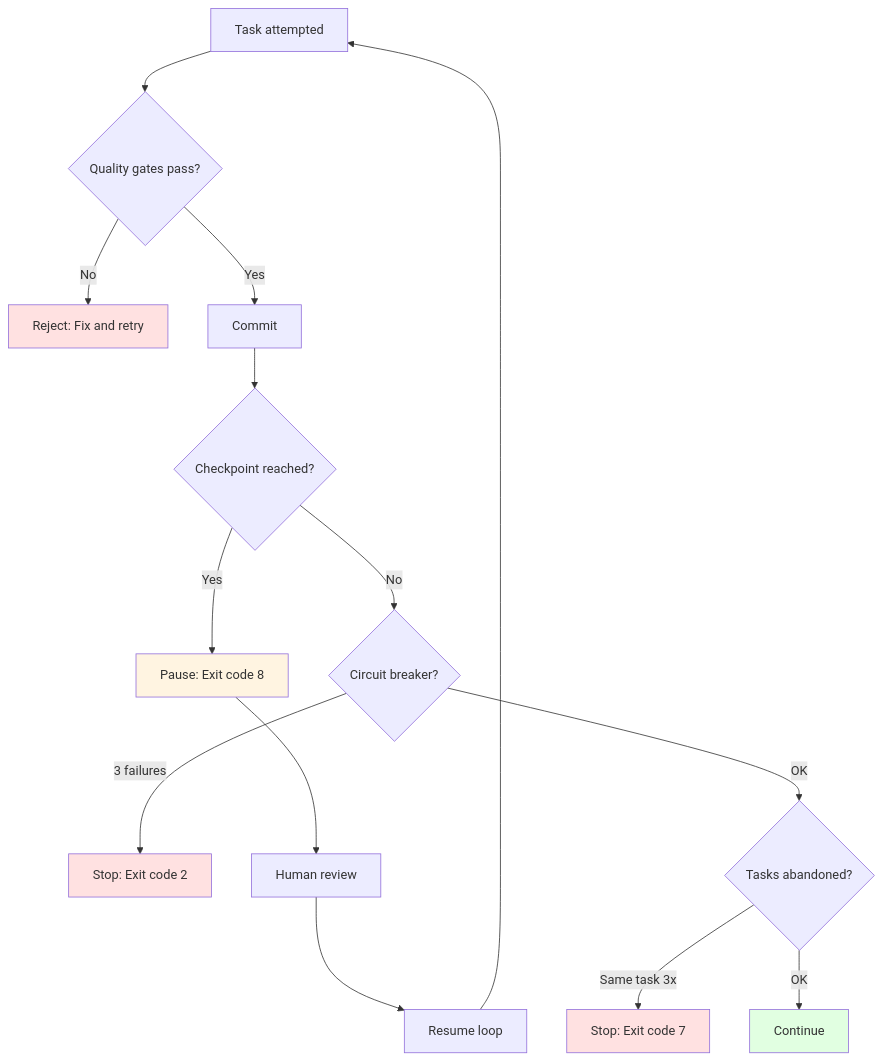
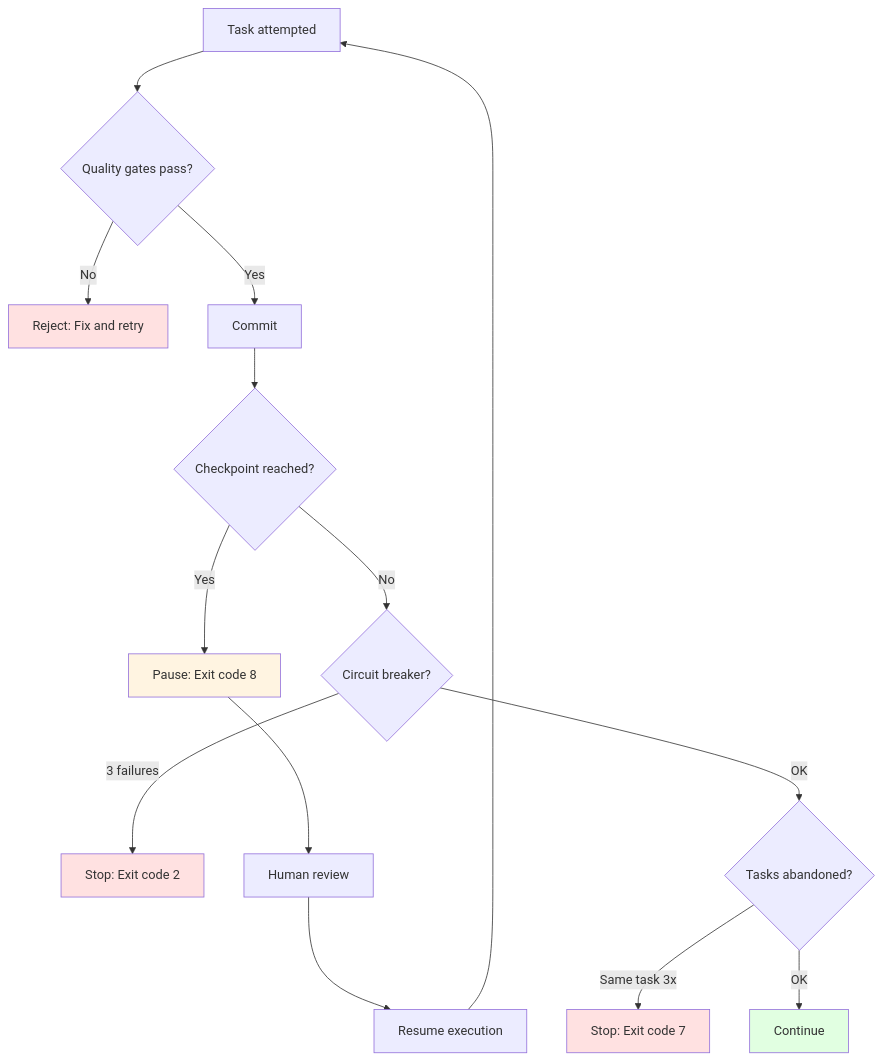
One commit to Dario-Arcos/ai-framework changed the diagram in skills/ralph-orchestrator/references/backpressure.md. Above: the diagram before and after it, drawn with Mermaid. The commit also changed other lines of this file and 45 other files, not shown here.

````diff
--- a/skills/ralph-orchestrator/references/backpressure.md
+++ b/skills/ralph-orchestrator/references/backpressure.md
@@ -136,26 +136,26 @@
 ```mermaid
 graph TD
     A[Task attempted] --> B{Quality gates pass?}
     B -->|No| C[Reject: Fix and retry]
     B -->|Yes| D[Commit]
 
     D --> E{Checkpoint reached?}
     E -->|Yes| F[Pause: Exit code 8]
     E -->|No| G{Circuit breaker?}
 
     G -->|3 failures| H[Stop: Exit code 2]
     G -->|OK| I{Tasks abandoned?}
 
     I -->|Same task 3x| J[Stop: Exit code 7]
     I -->|OK| M[Continue]
 
     F --> N[Human review]
-    N --> O[Resume loop]
+    N --> O[Resume execution]
     O --> A
 
     style C fill:#ffe1e1
     style F fill:#fff4e1
     style H fill:#ffe1e1
     style J fill:#ffe1e1
     style M fill:#e1ffe1
 ```
````
